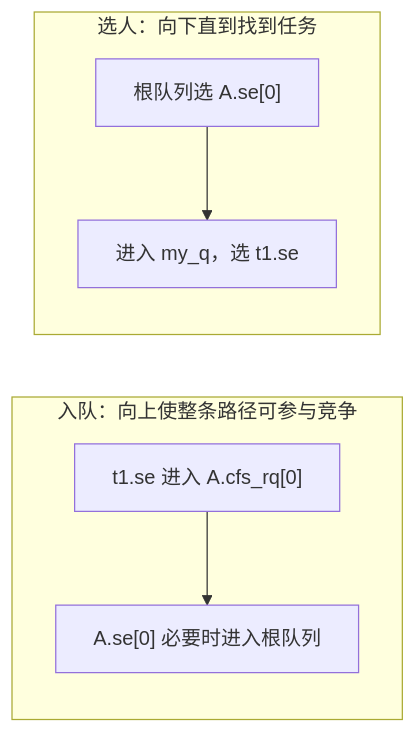
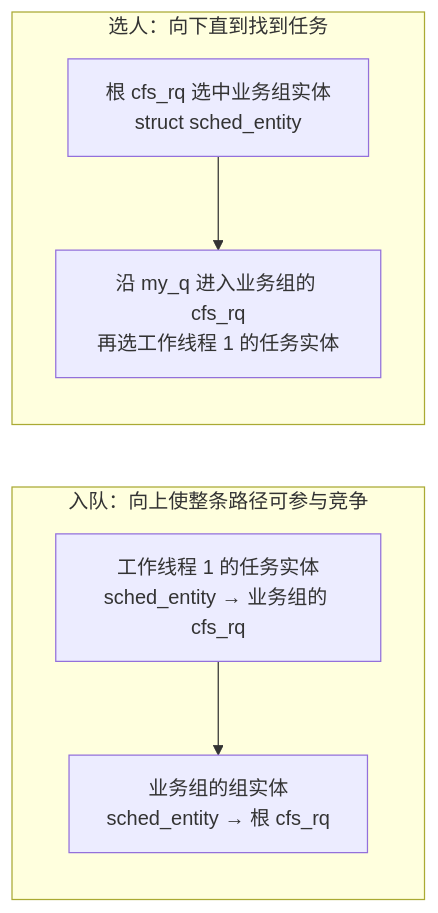
One commit to linuxperf/linux-study changed the ninth of 17 diagrams in interview/sched/cgroup2.md. Above: the diagram before and after it, drawn with Mermaid. The commit also changed other lines of this file and 3 other files, not shown here.

````diff
--- a/interview/sched/cgroup2.md
+++ b/interview/sched/cgroup2.md
@@ -650,9 +653,9 @@
 ```mermaid
 flowchart LR
     subgraph ENQUEUE["入队：向上使整条路径可参与竞争"]
-        T["t1.se 进入 A.cfs_rq[0]"] --> A["A.se[0] 必要时进入根队列"]
+        T["工作线程 1 的任务实体<br/>sched_entity → 业务组的 cfs_rq"] --> A["业务组的组实体<br/>sched_entity → 根 cfs_rq"]
     end
     subgraph PICK["选人：向下直到找到任务"]
-        R["根队列选 A.se[0]"] --> AQ["进入 my_q，选 t1.se"]
+        R["根 cfs_rq 选中业务组实体<br/>struct sched_entity"] --> AQ["沿 my_q 进入业务组的 cfs_rq<br/>再选工作线程 1 的任务实体"]
     end
 ```
````
